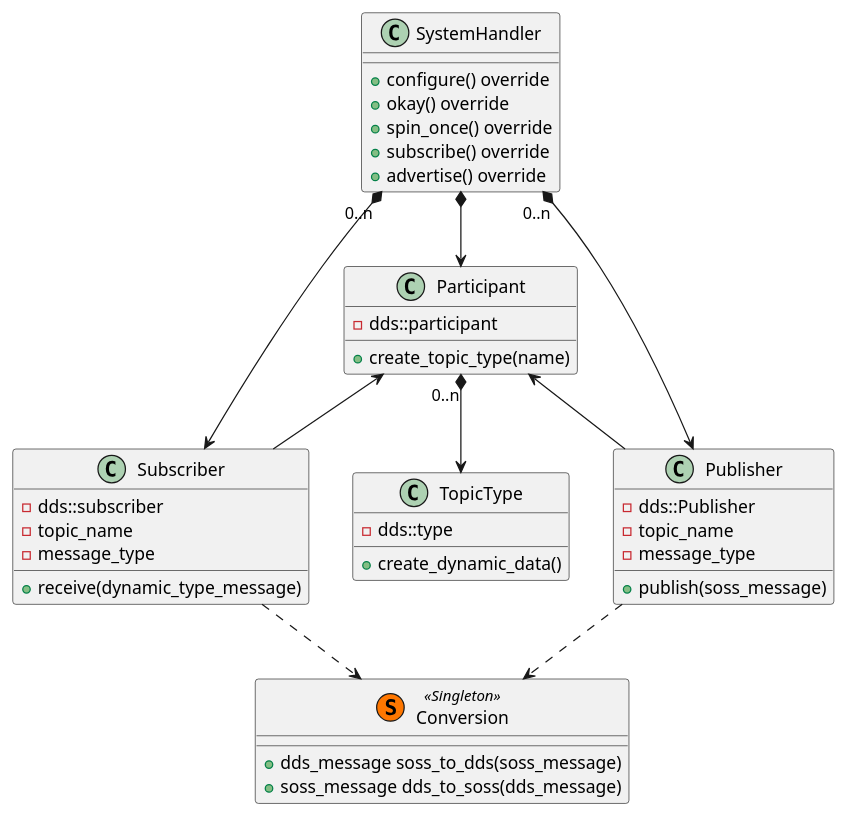
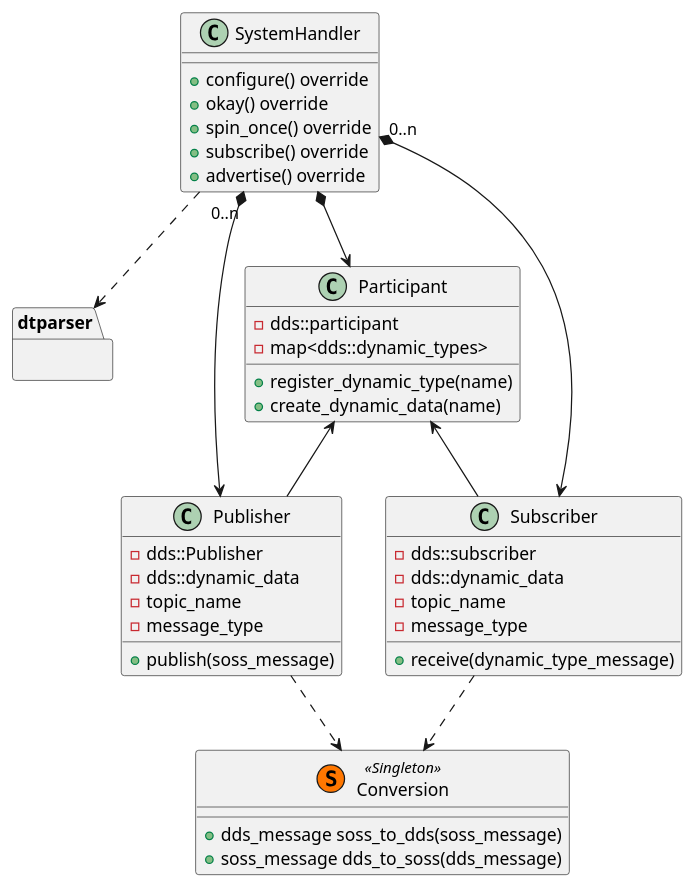
One commit to eProsima/FastDDS-SH changed the diagram in doc/diagram-design/class.puml. Above: the diagram before and after it, drawn with PlantUML. The commit also changed 1 other file, not shown here.

Commit message:
Updated class diagram, fixed memory leak.

```diff
--- a/doc/diagram-design/class.puml
+++ b/doc/diagram-design/class.puml
@@ -1,51 +1,53 @@
 @startuml
 
 SystemHandler "0..n" *--> Publisher
 SystemHandler "0..n" *--> Subscriber
 SystemHandler *--> Participant
+SystemHandler ..> dtparser
 
 Participant <-- Publisher
 Participant <-- Subscriber
-Participant "0..n" *--> TopicType
 
 Publisher ..> Conversion
 Subscriber ..> Conversion
 
 class SystemHandler {
     + configure() override
     + okay() override
     + spin_once() override
     + subscribe() override
     + advertise() override
 }
 
 class Participant {
     - dds::participant
-    + create_topic_type(name)
-}
-
-class TopicType {
-    - dds::type
-    + create_dynamic_data()
+    - map<dds::dynamic_types>
+    + register_dynamic_type(name)
+    + create_dynamic_data(name)
 }
 
 class Publisher {
     - dds::Publisher
+    - dds::dynamic_data
     - topic_name
     - message_type
     + publish(soss_message)
 }
 
 class Subscriber {
     - dds::subscriber
+    - dds::dynamic_data
     - topic_name
     - message_type
     + receive(dynamic_type_message)
 }
 
 class Conversion << (S,#FF7700) Singleton >> {
     + dds_message soss_to_dds(soss_message)
     + soss_message dds_to_soss(dds_message)
 }
 
+package dtparser {
+}
+
 @enduml
```
